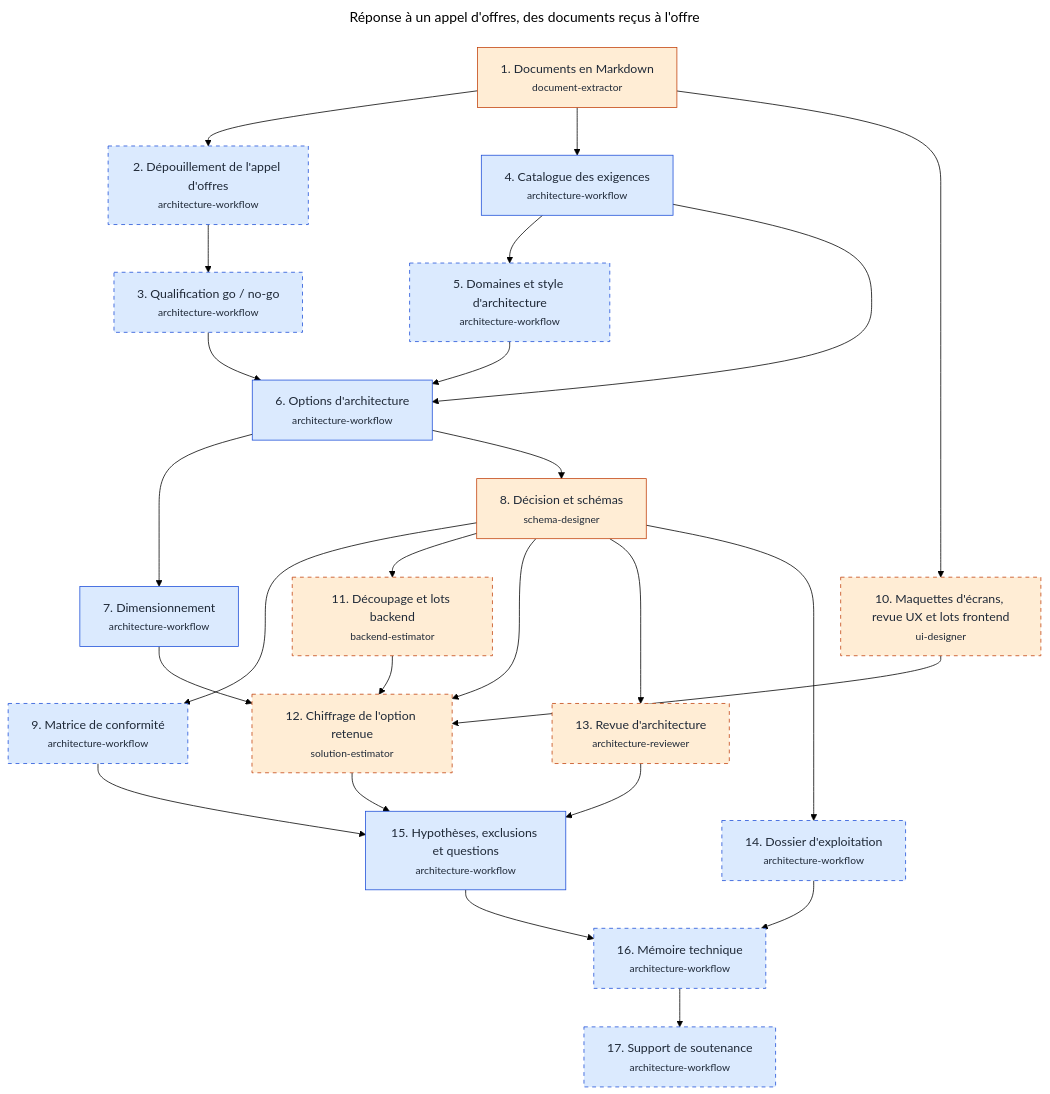
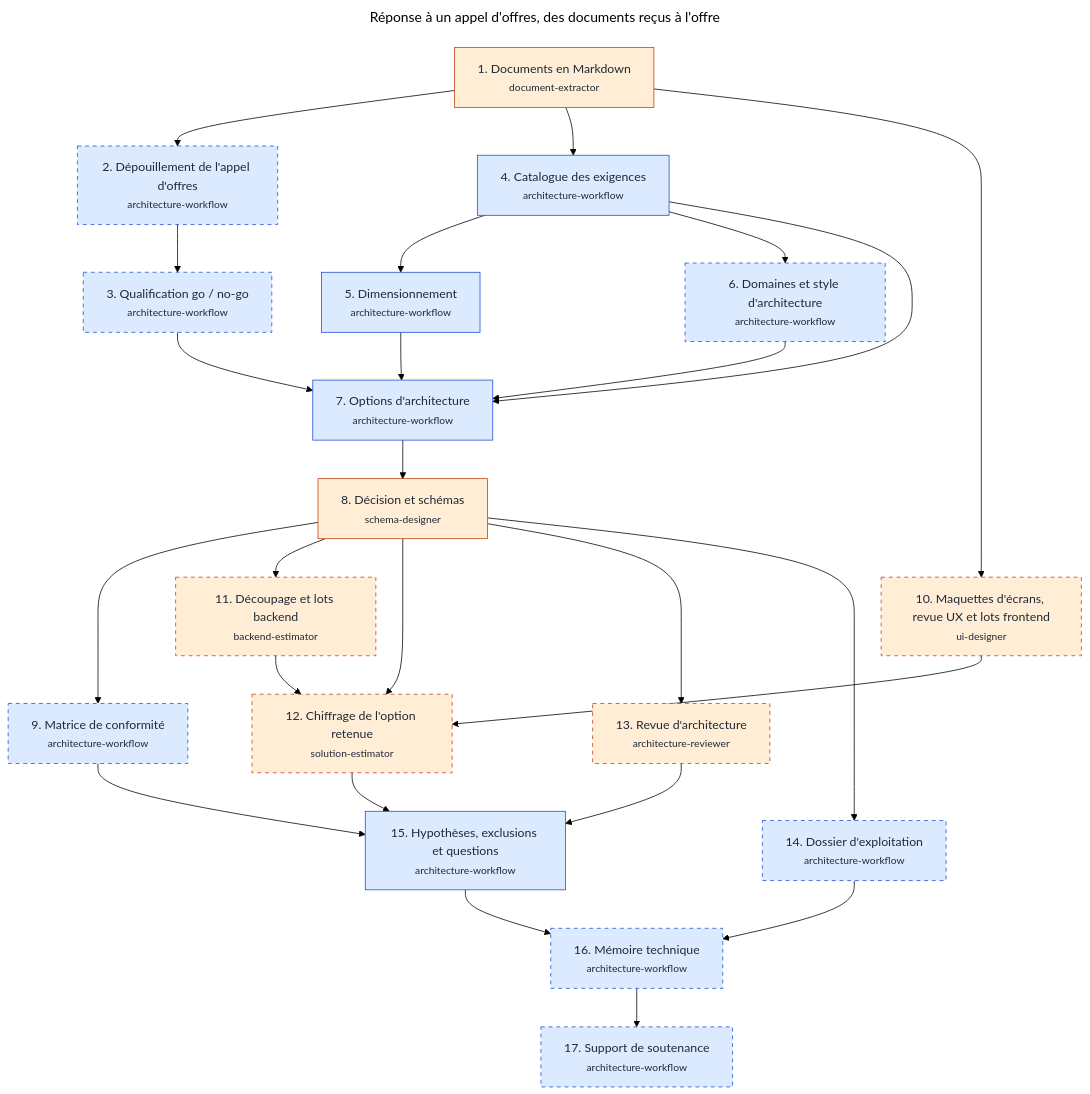
The diagram in docs/workflows/avant-vente.md (RenaudVanhille/myskills), drawn with Mermaid (forest theme) before and after one commit. The commit also changed other lines of this file and 12 other files, not shown here.

First line of the commit message:
feat: dimensionnement juste après les exigences, avant les options d'architecture (#147)

````diff
--- a/docs/workflows/avant-vente.md
+++ b/docs/workflows/avant-vente.md
@@ -18,53 +18,53 @@
 ```mermaid
 ---
 title: "Réponse à un appel d'offres, des documents reçus à l'offre"
 ---
 flowchart TD
   s_documents["1. Documents en Markdown<br/><small>document-extractor</small>"]
   s_depouillement["2. Dépouillement de l'appel d'offres<br/><small>architecture-workflow</small>"]
   s_qualification["3. Qualification go / no-go<br/><small>architecture-workflow</small>"]
   s_exigences["4. Catalogue des exigences<br/><small>architecture-workflow</small>"]
-  s_domaines["5. Domaines et style d'architecture<br/><small>architecture-workflow</small>"]
-  s_architectures["6. Options d'architecture<br/><small>architecture-workflow</small>"]
-  s_dimensionnement["7. Dimensionnement<br/><small>architecture-workflow</small>"]
+  s_dimensionnement["5. Dimensionnement<br/><small>architecture-workflow</small>"]
+  s_domaines["6. Domaines et style d'architecture<br/><small>architecture-workflow</small>"]
+  s_architectures["7. Options d'architecture<br/><small>architecture-workflow</small>"]
   s_schemas["8. Décision et schémas<br/><small>schema-designer</small>"]
   s_conformite["9. Matrice de conformité<br/><small>architecture-workflow</small>"]
   s_maquettes["10. Maquettes d'écrans, revue UX et lots frontend<br/><small>ui-designer</small>"]
   s_backend["11. Découpage et lots backend<br/><small>backend-estimator</small>"]
   s_chiffrage["12. Chiffrage de l'option retenue<br/><small>solution-estimator</small>"]
   s_revue["13. Revue d'architecture<br/><small>architecture-reviewer</small>"]
   s_exploitation["14. Dossier d'exploitation<br/><small>architecture-workflow</small>"]
   s_registre["15. Hypothèses, exclusions et questions<br/><small>architecture-workflow</small>"]
   s_memoire["16. Mémoire technique<br/><small>architecture-workflow</small>"]
   s_soutenance["17. Support de soutenance<br/><small>architecture-workflow</small>"]
   s_documents --> s_depouillement
   s_depouillement --> s_qualification
   s_documents --> s_exigences
+  s_exigences --> s_dimensionnement
   s_exigences --> s_domaines
   s_exigences --> s_architectures
   s_qualification --> s_architectures
   s_domaines --> s_architectures
-  s_architectures --> s_dimensionnement
+  s_dimensionnement --> s_architectures
   s_architectures --> s_schemas
   s_schemas --> s_conformite
   s_documents --> s_maquettes
   s_schemas --> s_backend
   s_schemas --> s_chiffrage
   s_maquettes --> s_chiffrage
   s_backend --> s_chiffrage
-  s_dimensionnement --> s_chiffrage
   s_schemas --> s_revue
   s_schemas --> s_exploitation
   s_conformite --> s_registre
   s_chiffrage --> s_registre
   s_revue --> s_registre
   s_registre --> s_memoire
   s_exploitation --> s_memoire
   s_memoire --> s_soutenance
   classDef moteur fill:#dbeafe,stroke:#1d4ed8,color:#1f2937
   classDef agent fill:#ffedd5,stroke:#c2410c,color:#1f2937
   classDef facultative stroke-dasharray:5 5
-  class s_depouillement,s_qualification,s_exigences,s_domaines,s_architectures,s_dimensionnement,s_conformite,s_exploitation,s_registre,s_memoire,s_soutenance moteur
+  class s_depouillement,s_qualification,s_exigences,s_dimensionnement,s_domaines,s_architectures,s_conformite,s_exploitation,s_registre,s_memoire,s_soutenance moteur
   class s_documents,s_schemas,s_maquettes,s_backend,s_chiffrage,s_revue agent
   class s_depouillement,s_qualification,s_domaines,s_conformite,s_maquettes,s_backend,s_chiffrage,s_revue,s_exploitation,s_memoire,s_soutenance facultative
 ```
````
